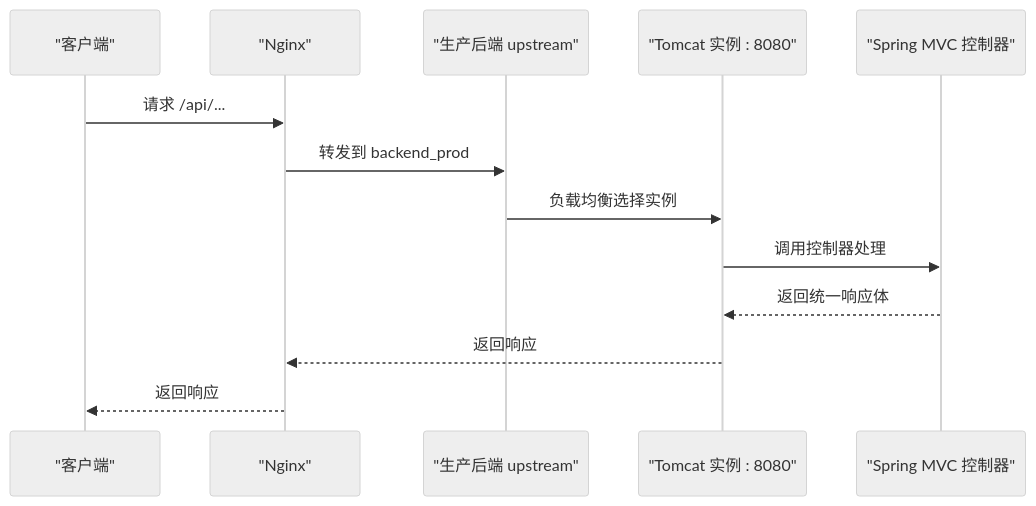
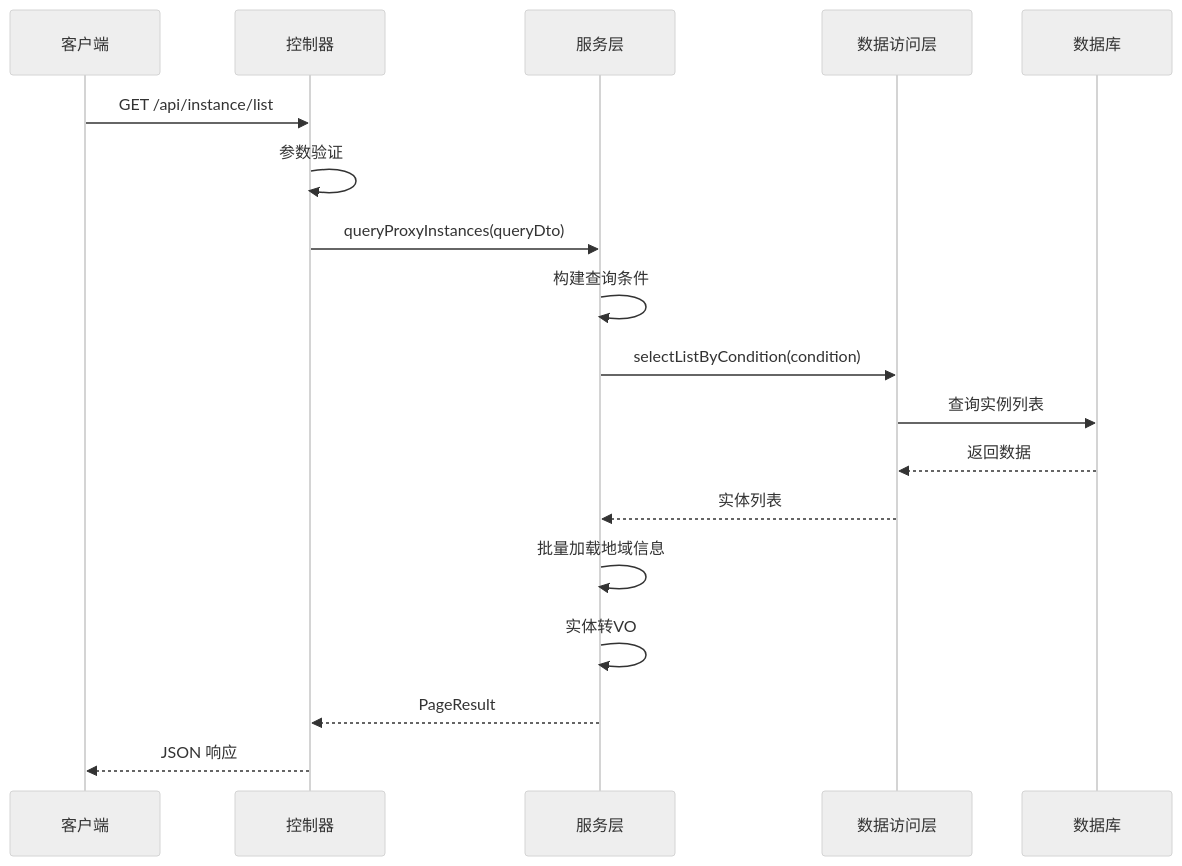
Before and after one commit to liaowenxiong/link-fast: the fifth of 9 diagrams in .qoder/repowiki/zh/content/部署与运维/Nginx 配置/多实例 Nginx 配置.md, drawn with Mermaid (neutral theme). The commit also changed other lines of this file and 9 other files, not shown here.

````diff
--- a/.qoder/repowiki/zh/content/部署与运维/Nginx 配置/多实例 Nginx 配置.md
+++ b/.qoder/repowiki/zh/content/部署与运维/Nginx 配置/多实例 Nginx 配置.md
@@ -91,15 +235,20 @@
 ```mermaid
 sequenceDiagram
-participant C as "客户端"
-participant N as "Nginx"
-participant P as "生产后端 upstream"
-participant T as "Tomcat 实例 : 8080"
-participant S as "Spring MVC 控制器"
-C->>N : 请求 /api/...
-N->>P : 转发到 backend_prod
-P->>T : 负载均衡选择实例
-T->>S : 调用控制器处理
-S-->>T : 返回统一响应体
-T-->>N : 返回响应
-N-->>C : 返回响应
+participant Client as 客户端
+participant Controller as 控制器
+participant Service as 服务层
+participant DAO as 数据访问层
+participant DB as 数据库
+Client->>Controller : GET /api/instance/list
+Controller->>Controller : 参数验证
+Controller->>Service : queryProxyInstances(queryDto)
+Service->>Service : 构建查询条件
+Service->>DAO : selectListByCondition(condition)
+DAO->>DB : 查询实例列表
+DB-->>DAO : 返回数据
+DAO-->>Service : 实体列表
+Service->>Service : 批量加载地域信息
+Service->>Service : 实体转VO
+Service-->>Controller : PageResult
+Controller-->>Client : JSON 响应
 ```
````
